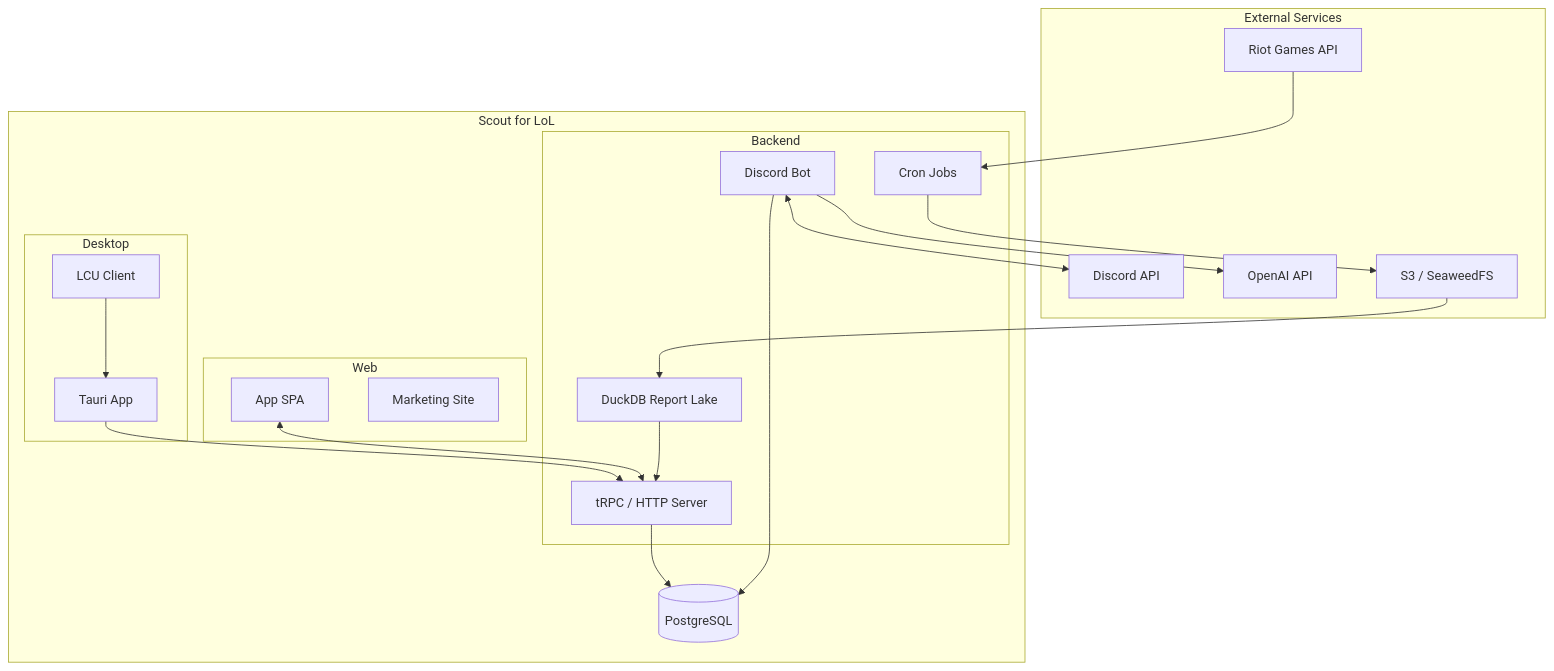
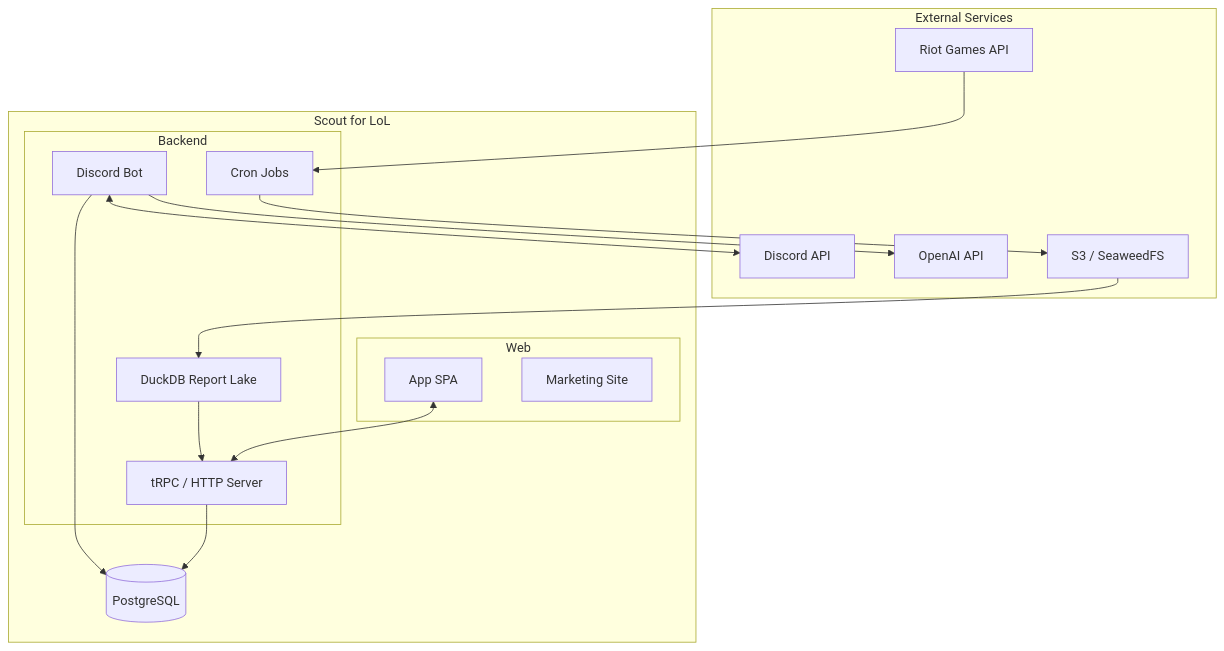
One commit to shepherdjerred/monorepo changed the diagram in packages/scout-for-lol/docs/README.md. Above: the diagram before and after it, drawn with Mermaid. The commit also changed other lines of this file and 196 other files, not shown here.

First line of the commit message:
feat(scout-for-lol): remove desktop client

````diff
--- a/packages/scout-for-lol/docs/README.md
+++ b/packages/scout-for-lol/docs/README.md
@@ -17,42 +16,35 @@
 ```mermaid
 graph TB
     subgraph External Services
         RIOT[Riot Games API]
         DISCORD[Discord API]
         OPENAI[OpenAI API]
         S3[S3 / SeaweedFS]
     end
 
     subgraph "Scout for LoL"
         subgraph Backend
             BOT[Discord Bot]
             CRON[Cron Jobs]
             TRPC[tRPC / HTTP Server]
             LAKE[DuckDB Report Lake]
         end
 
         subgraph Web
             SPA[App SPA]
             SITE[Marketing Site]
         end
 
-        subgraph Desktop
-            TAURI[Tauri App]
-            LCU[LCU Client]
-        end
-
         DB[(PostgreSQL)]
     end
 
     RIOT --> CRON
     BOT <--> DISCORD
     BOT --> OPENAI
     CRON --> S3
     S3 --> LAKE
     LAKE --> TRPC
     BOT --> DB
     TRPC --> DB
-    SPA <--> TRPC
-    LCU --> TAURI
-    TAURI --> TRPC
+        SPA <--> TRPC
 ```
````
